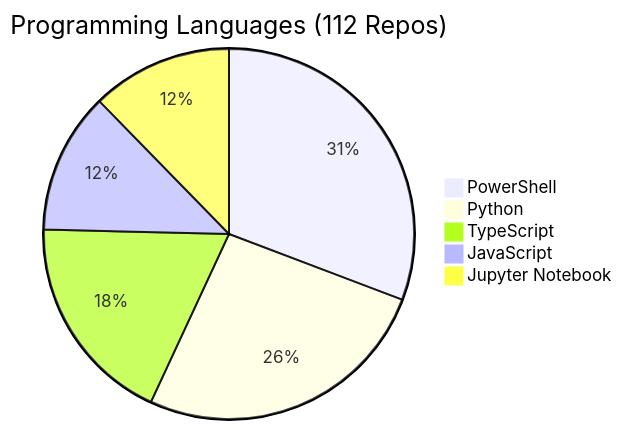
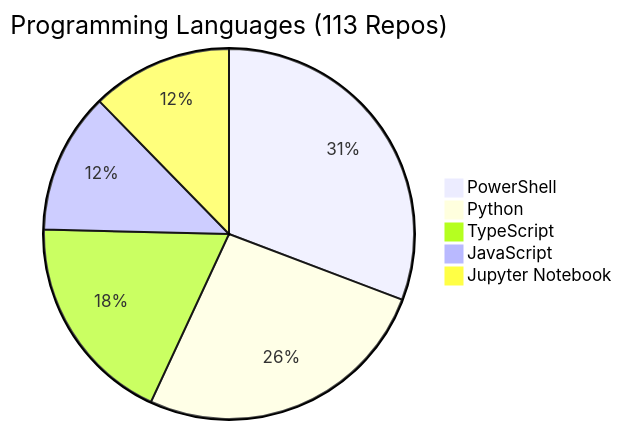
One commit to fabioc-aloha/fabioc-aloha changed the diagram in REPOS.md. Above: the diagram before and after it, drawn with Mermaid. The commit also changed other lines of this file and 1 other file, not shown here.

````diff
--- a/REPOS.md
+++ b/REPOS.md
@@ -155,8 +156,8 @@
 ```mermaid
-pie title Programming Languages (112 Repos)
+pie title Programming Languages (113 Repos)
     "PowerShell" : 20
     "Python" : 17
     "TypeScript" : 12
     "JavaScript" : 8
     "Jupyter Notebook" : 8
 ```
````
